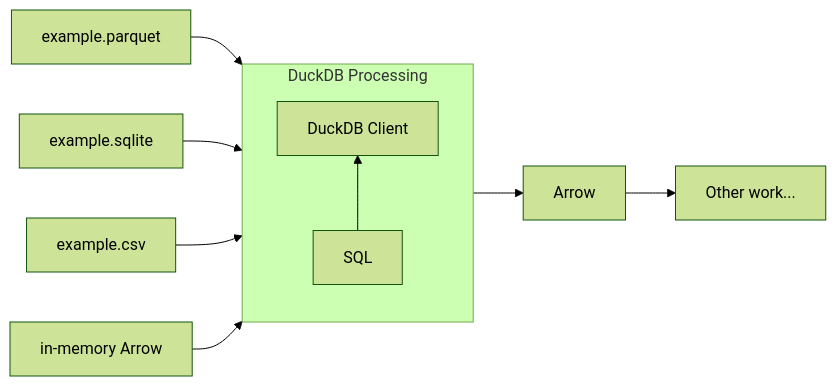
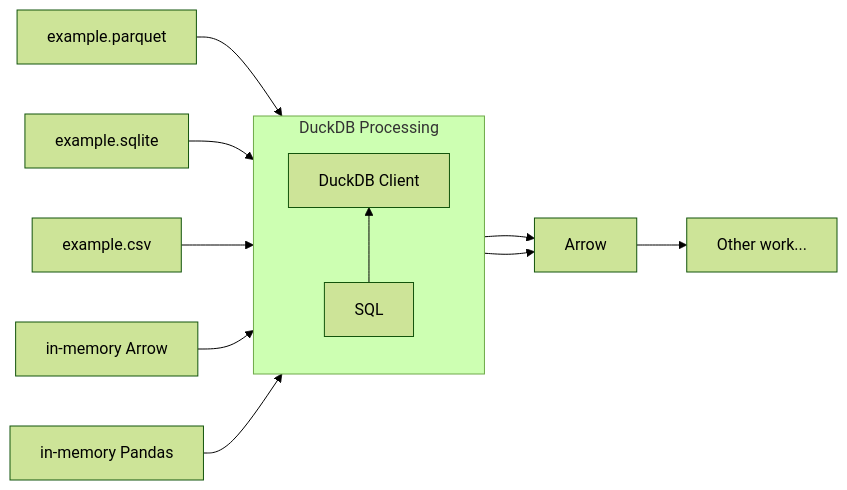
One commit to d33bs/set-website changed the third of 3 diagrams in _posts/2022-XX-XX-Inter-Lingual-Data-Engineering.md. Above: the diagram before and after it, drawn with Mermaid (forest theme). The commit also changed other lines of this file, not shown here.

Commit message:
slight duckdb content modifications

````diff
--- a/_posts/2022-XX-XX-Inter-Lingual-Data-Engineering.md
+++ b/_posts/2022-XX-XX-Inter-Lingual-Data-Engineering.md
@@ -57,13 +57,15 @@
 ```mermaid
 flowchart LR
     subgraph duckdb["DuckDB Processing"]
         direction BT
         SQL[SQL] --> DuckDB[DuckDB Client]
     end
     parquet1[example.parquet] --> duckdb
     sqlite[example.sqlite] --> duckdb
     csv[example.csv] --> duckdb
     arrow["in-memory Arrow"] --> duckdb
     duckdb --> Arrow
+    pandas["in-memory Pandas"] --> duckdb
+    duckdb --> Arrow
     Arrow --> Other[Other work...]
 ```
````
